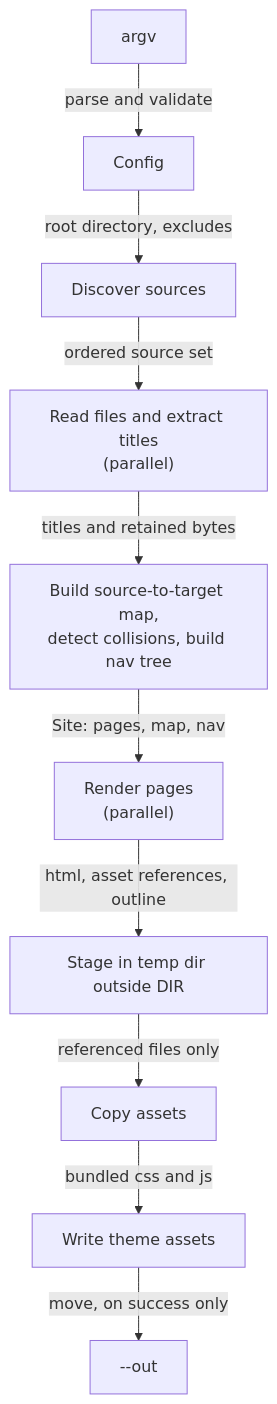
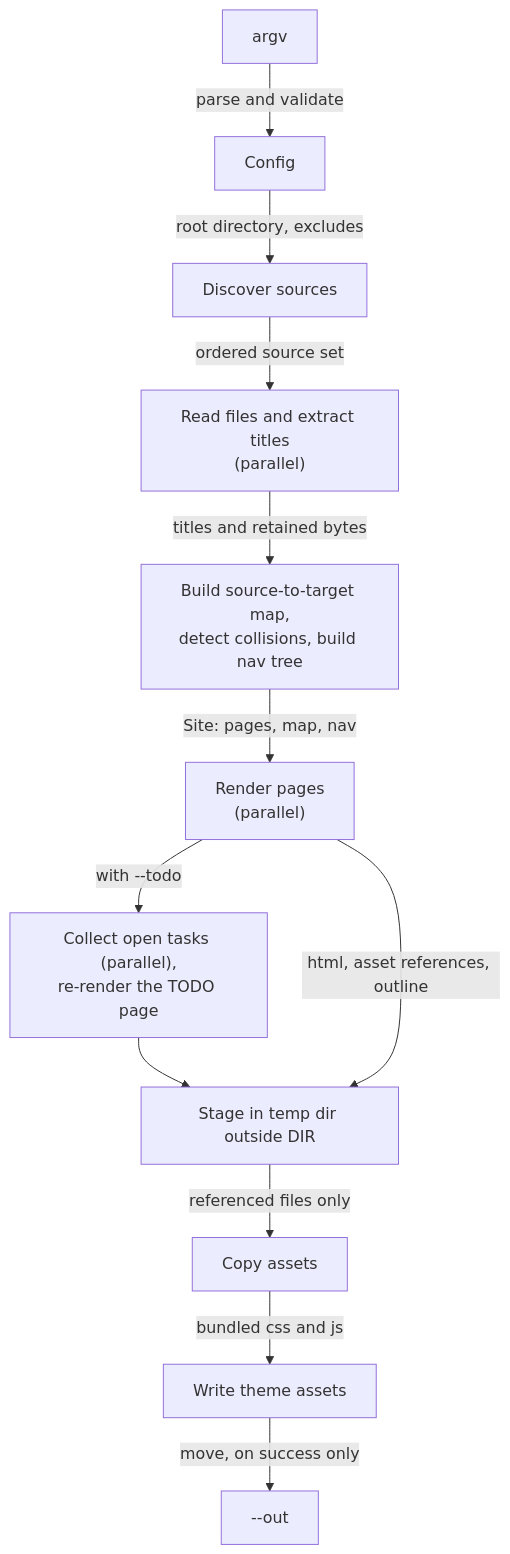
Before and after one commit to AltaraInc/ohimark: the first of 2 diagrams in docs/architecture.md, drawn with Mermaid. The commit also changed other lines of this file and 12 other files, not shown here.

Commit message:
feat: add --todo flag to collect open tasks into the TODO page

````diff
--- a/docs/architecture.md
+++ b/docs/architecture.md
@@ -13,12 +13,14 @@
 ```mermaid
 flowchart TD
   ARGS["argv"] -->|"parse and validate"| CFG["Config"]
   CFG -->|"root directory, excludes"| WALK["Discover sources"]
   WALK -->|"ordered source set"| READ["Read files and extract titles<br/>(parallel)"]
   READ -->|"titles and retained bytes"| MAP["Build source-to-target map,<br/>detect collisions, build nav tree"]
   MAP -->|"Site: pages, map, nav"| REND["Render pages<br/>(parallel)"]
+  REND -->|"with --todo"| TODO["Collect open tasks (parallel),<br/>re-render the TODO page"]
+  TODO --> STAGE
   REND -->|"html, asset references, outline"| STAGE["Stage in temp dir outside DIR"]
   STAGE -->|"referenced files only"| COPY["Copy assets"]
   COPY -->|"bundled css and js"| TH["Write theme assets"]
   TH -->|"move, on success only"| OUT["--out"]
 ```
````
